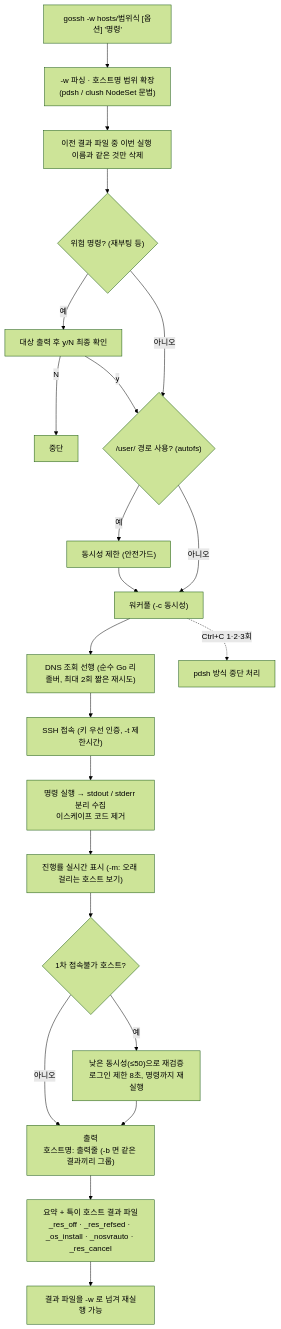
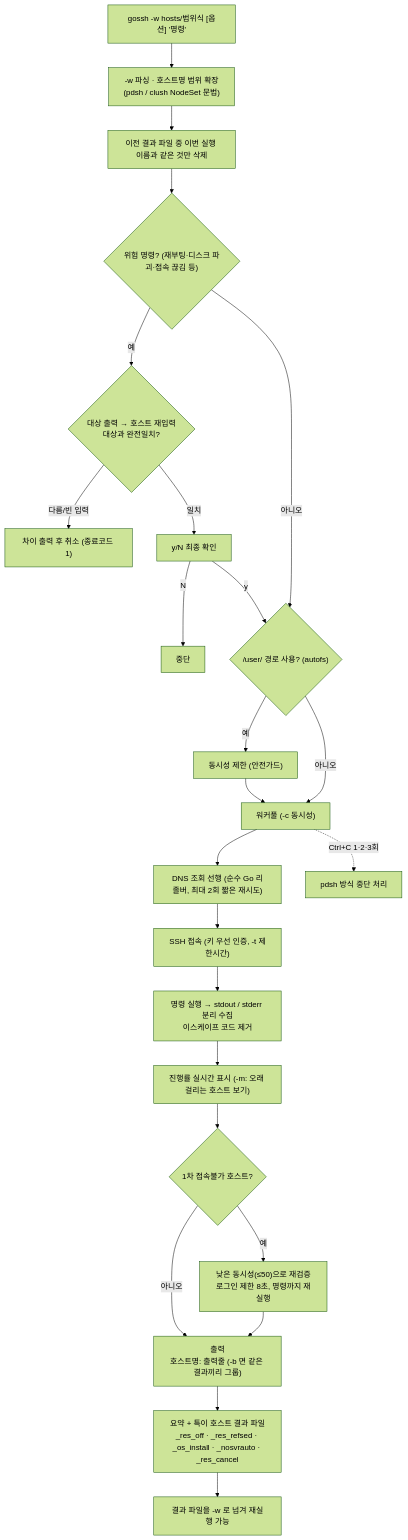
Before and after one commit to qazx2675/myrepo: the diagram in .claude/공통/gossh/ARCHITECTURE.md, drawn with Mermaid (forest theme). The commit also changed other lines of this file and 437 other files, not shown here.

First line of the commit message:
feat(gossh): 위험 작업 확인 강화(위험어 추가·호스트 재입력 대조), 출력 속도 개선, vendor 삭제·os6/os8 바이너리 배포

````diff
--- a/.claude/공통/gossh/ARCHITECTURE.md
+++ b/.claude/공통/gossh/ARCHITECTURE.md
@@ -27,23 +29,25 @@
 ```mermaid
 flowchart TD
     A["gossh -w hosts/범위식 [옵션] '명령'"] --> B["-w 파싱 · 호스트명 범위 확장<br/>(pdsh / clush NodeSet 문법)"]
     B --> C["이전 결과 파일 중 이번 실행 이름과 같은 것만 삭제"]
-    C --> D{"위험 명령? (재부팅 등)"}
-    D -- 예 --> D1["대상 출력 후 y/N 최종 확인"]
+    C --> D{"위험 명령? (재부팅·디스크 파괴·접속 끊김 등)"}
+    D -- 예 --> D0{"대상 출력 → 호스트 재입력<br/>대상과 완전일치?"}
+    D0 -- 다름/빈 입력 --> Z1["차이 출력 후 취소 (종료코드 1)"]
+    D0 -- 일치 --> D1["y/N 최종 확인"]
     D1 -- N --> Z["중단"]
     D1 -- y --> E
     D -- 아니오 --> E{"/user/ 경로 사용? (autofs)"}
     E -- 예 --> E1["동시성 제한 (안전가드)"] --> F
     E -- 아니오 --> F["워커풀 (-c 동시성)"]
     F --> G["DNS 조회 선행 (순수 Go 리졸버, 최대 2회 짧은 재시도)"]
     G --> H["SSH 접속 (키 우선 인증, -t 제한시간)"]
     H --> I["명령 실행 → stdout / stderr 분리 수집<br/>이스케이프 코드 제거"]
     I --> J["진행률 실시간 표시 (-m: 오래 걸리는 호스트 보기)"]
     J --> K{"1차 접속불가 호스트?"}
     K -- 예 --> L["낮은 동시성(≤50)으로 재검증<br/>로그인 제한 8초, 명령까지 재실행"]
     K -- 아니오 --> M
     L --> M["출력<br/>호스트명: 출력줄 (-b 면 같은 결과끼리 그룹)"]
     M --> N["요약 + 특이 호스트 결과 파일<br/>_res_off · _res_refsed · _os_install · _nosvrauto · _res_cancel"]
     N --> O["결과 파일을 -w 로 넘겨 재실행 가능"]
     F -.->|Ctrl+C 1·2·3회| P["pdsh 방식 중단 처리"]
 ```
````
